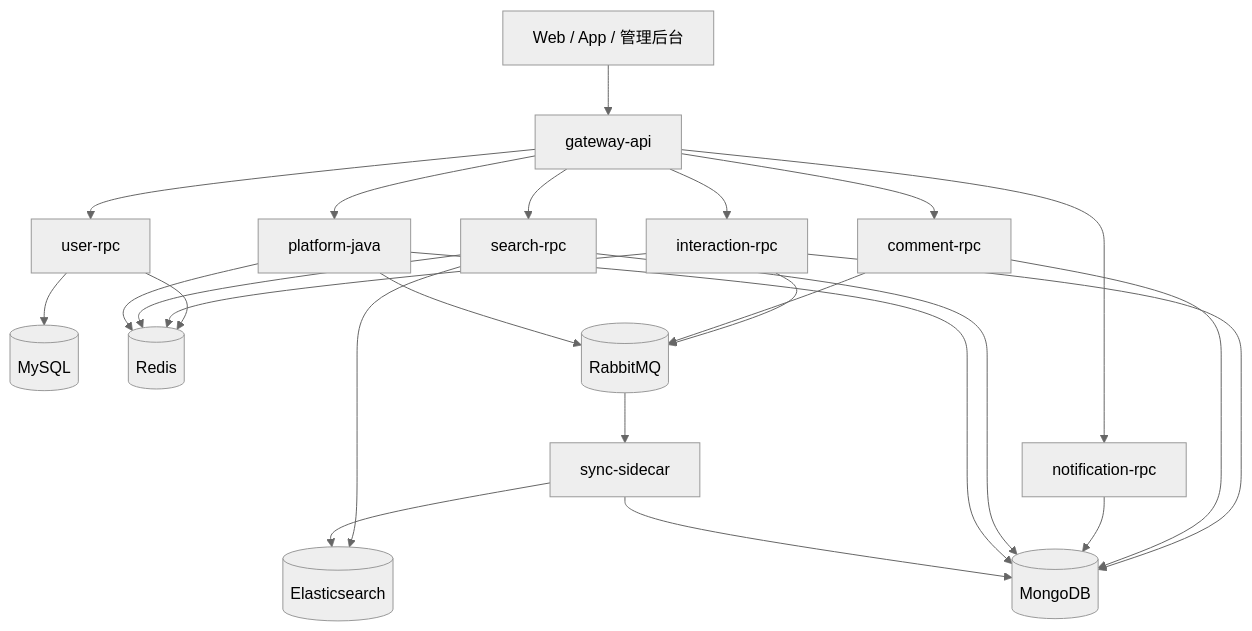
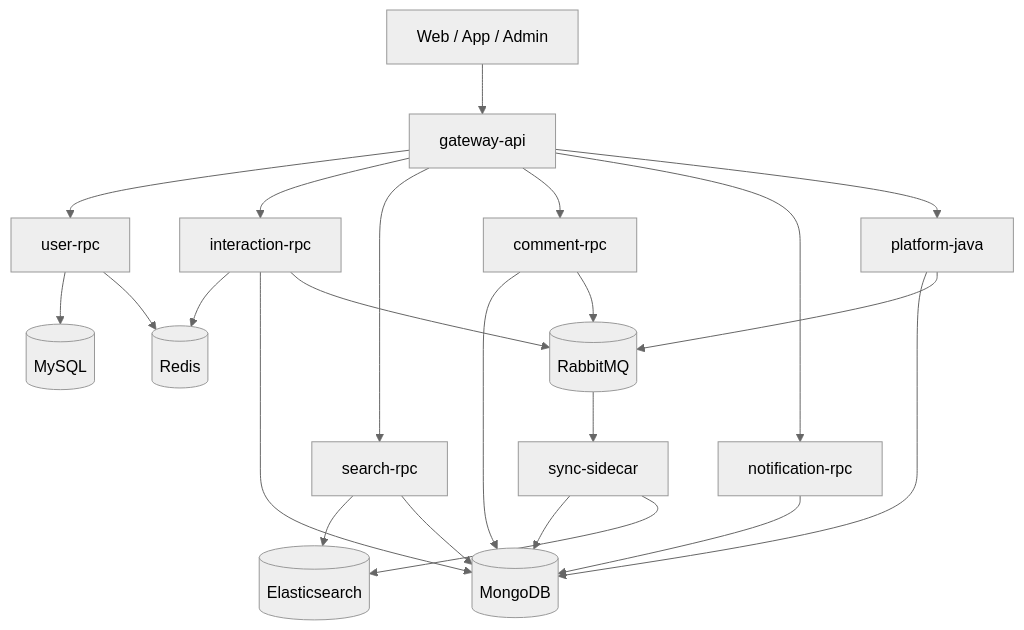
The diagram in README.md (Garhlz/rednote-backend), drawn with Mermaid (neutral theme) before and after one commit. The commit also changed other lines of this file and 21 other files, not shown here.

````diff
--- a/README.md
+++ b/README.md
@@ -54,35 +9,26 @@
 ```mermaid
-graph TD
-    Client[Web / App / 管理后台] --> Gateway[gateway-api]
-
-    Gateway --> UserRPC[user-rpc]
-    Gateway --> InteractionRPC[interaction-rpc]
-    Gateway --> SearchRPC[search-rpc]
-    Gateway --> CommentRPC[comment-rpc]
-    Gateway --> NotificationRPC[notification-rpc]
+flowchart TD
+    Client[Web / App / Admin] --> Gateway[gateway-api]
+    Gateway --> User[user-rpc]
+    Gateway --> Interaction[interaction-rpc]
+    Gateway --> Search[search-rpc]
+    Gateway --> Comment[comment-rpc]
+    Gateway --> Notification[notification-rpc]
     Gateway --> Java[platform-java]
 
-    UserRPC --> MySQL[(MySQL)]
-    UserRPC --> Redis[(Redis)]
-
-    InteractionRPC --> Redis
-    InteractionRPC --> Mongo[(MongoDB)]
-    InteractionRPC --> MQ[(RabbitMQ)]
-
-    CommentRPC --> Mongo
-    CommentRPC --> MQ
-
-    NotificationRPC --> Mongo
-
-    SearchRPC --> ES[(Elasticsearch)]
-    SearchRPC --> Mongo
-    SearchRPC --> Redis
-
+    User --> MySQL[(MySQL)]
+    User --> Redis[(Redis)]
+    Interaction --> Redis
+    Interaction --> Mongo[(MongoDB)]
+    Interaction --> MQ[(RabbitMQ)]
+    Search --> ES[(Elasticsearch)]
+    Search --> Mongo
+    Comment --> Mongo
+    Comment --> MQ
+    Notification --> Mongo
     Java --> Mongo
-    Java --> Redis
     Java --> MQ
-
     MQ --> Sidecar[sync-sidecar]
     Sidecar --> Mongo
     Sidecar --> ES
 ```
````
